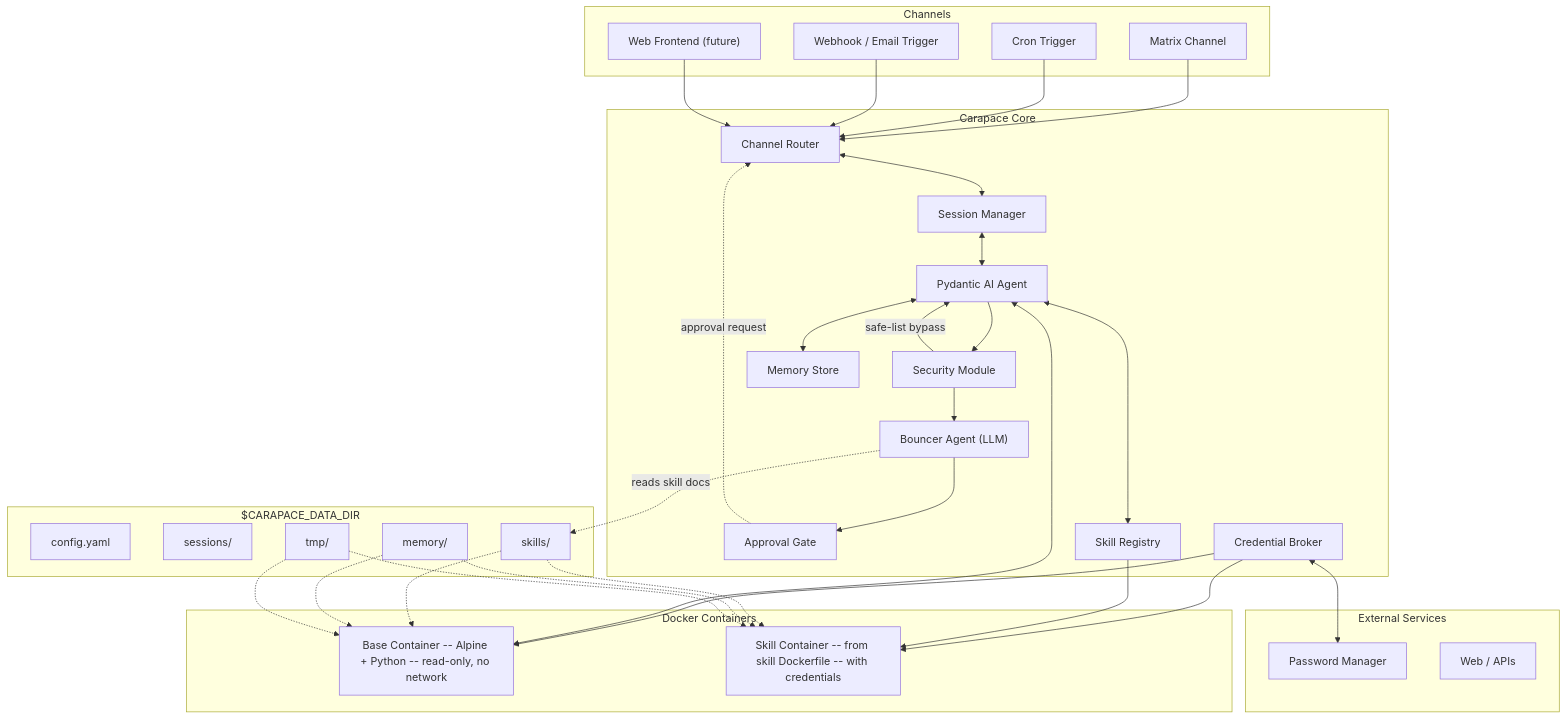
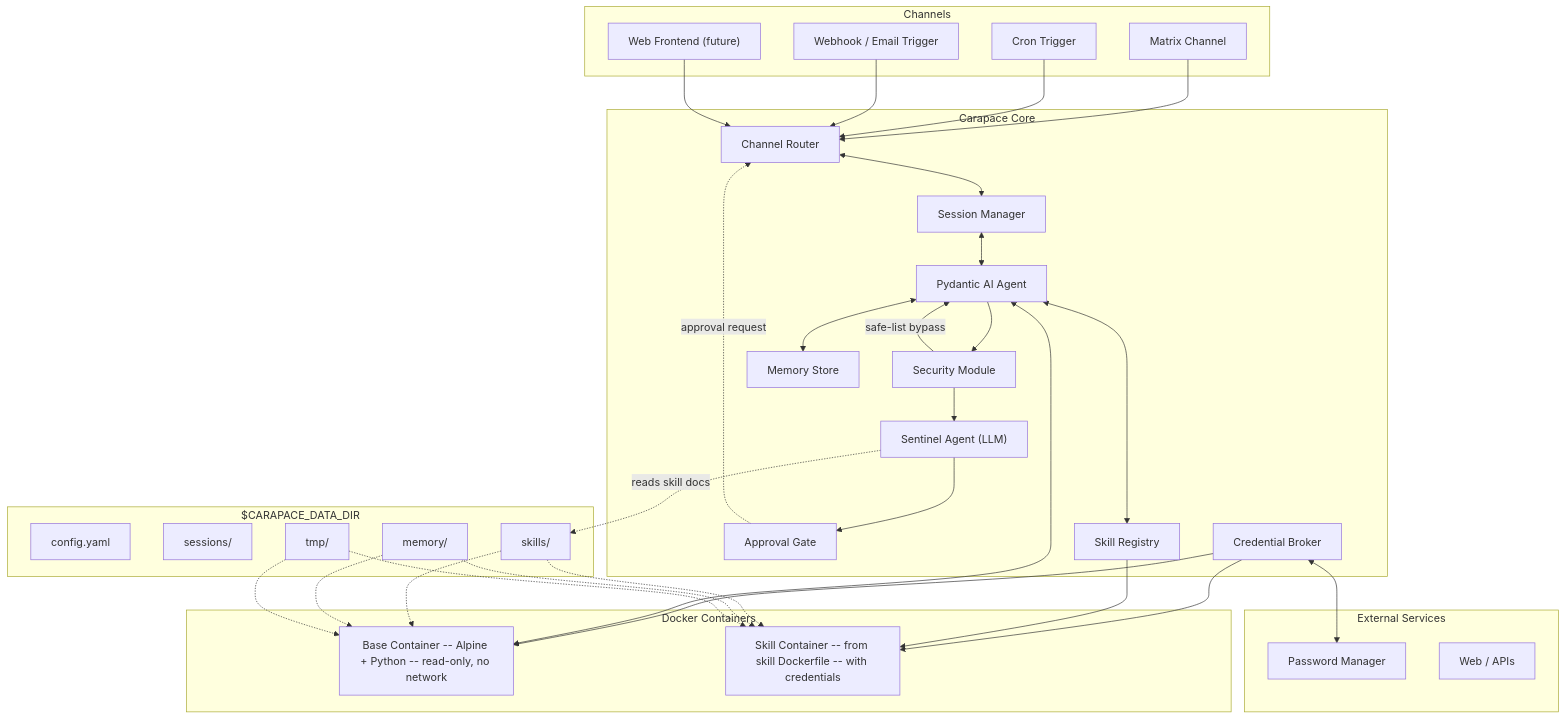
Before and after one commit to thiesgerken/carapace: the first of 2 diagrams in docs/architecture.md, drawn with Mermaid. The commit also changed other lines of this file and 21 other files, not shown here.

Commit message:
✨ Rename Bouncer to Sentinel

````diff
--- a/docs/architecture.md
+++ b/docs/architecture.md
@@ -7,63 +7,63 @@
 ```mermaid
 flowchart TB
     subgraph channels [Channels]
         MatrixCh[Matrix Channel]
         CronCh[Cron Trigger]
         WebhookCh[Webhook / Email Trigger]
         WebUI["Web Frontend (future)"]
     end
 
     subgraph carapace [Carapace Core]
         ChannelRouter[Channel Router]
         SessionMgr[Session Manager]
         SecurityMod["Security Module"]
-        Bouncer["Bouncer Agent (LLM)"]
+        Sentinel["Sentinel Agent (LLM)"]
         ApprovalGate[Approval Gate]
         Agent[Pydantic AI Agent]
         SkillRegistry[Skill Registry]
         CredentialBroker[Credential Broker]
         MemoryStore[Memory Store]
     end
 
     subgraph docker [Docker Containers]
         BaseContainer["Base Container -- Alpine + Python -- read-only, no network"]
         SkillContainer["Skill Container -- from skill Dockerfile -- with credentials"]
     end
 
     subgraph external [External Services]
         Vault[Password Manager]
         Web[Web / APIs]
     end
 
     subgraph datadir ["$CARAPACE_DATA_DIR"]
         Config[config.yaml]
         Sessions[sessions/]
         Skills[skills/]
         Memory[memory/]
         Tmp[tmp/]
     end
 
     MatrixCh & CronCh & WebhookCh & WebUI --> ChannelRouter
     ChannelRouter <--> SessionMgr
     SessionMgr <--> Agent
     Agent <--> SkillRegistry
     Agent <--> MemoryStore
     Agent --> SecurityMod
     SecurityMod -->|safe-list bypass| Agent
-    SecurityMod --> Bouncer
-    Bouncer --> ApprovalGate
+    SecurityMod --> Sentinel
+    Sentinel --> ApprovalGate
     ApprovalGate -.->|approval request| ChannelRouter
-    Bouncer -.->|reads skill docs| Skills
+    Sentinel -.->|reads skill docs| Skills
     CredentialBroker <--> Vault
     CredentialBroker --> BaseContainer
     CredentialBroker --> SkillContainer
     Agent <--> BaseContainer
     SkillRegistry --> SkillContainer
 
     Skills -.-> BaseContainer
     Skills -.-> SkillContainer
     Memory -.-> BaseContainer
     Memory -.-> SkillContainer
     Tmp -.-> BaseContainer
     Tmp -.-> SkillContainer
 ```
````
